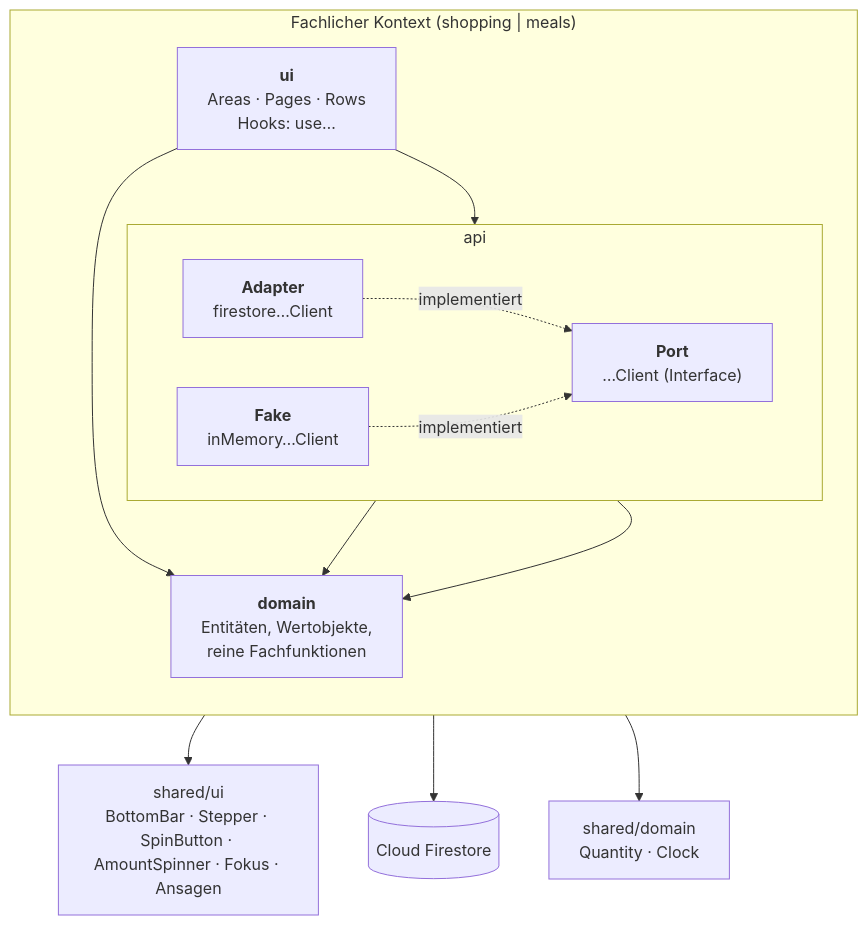
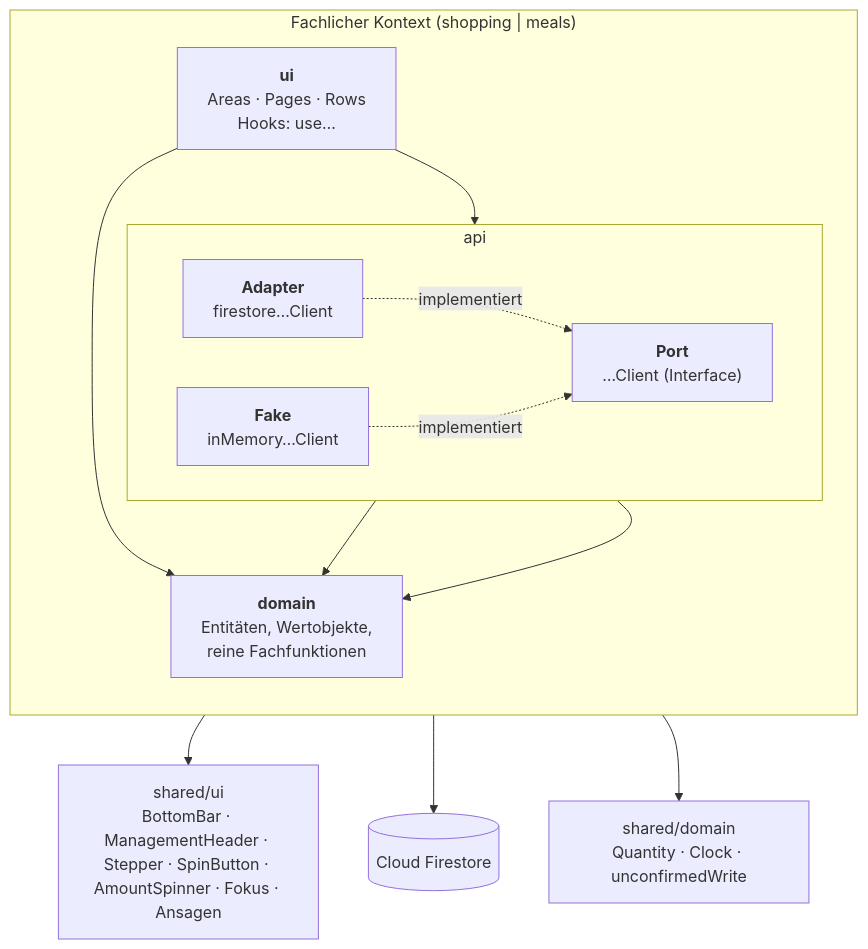
The second of 5 diagrams in docs/architektur/05-bausteinsicht.md (burnyWes/Mahlzeiten-Planer), drawn with Mermaid before and after one commit. The commit also changed other lines of this file and 81 other files, not shown here.

````diff
--- a/docs/architektur/05-bausteinsicht.md
+++ b/docs/architektur/05-bausteinsicht.md
@@ -73,30 +73,30 @@
 ```mermaid
 flowchart TB
     subgraph kontext["Fachlicher Kontext (shopping | meals)"]
         direction TB
         ui["<b>ui</b><br/>Areas · Pages · Rows<br/>Hooks: use…"]
 
         subgraph api["api"]
             direction LR
             port["<b>Port</b><br/>…Client (Interface)"]
             fsAdapter["<b>Adapter</b><br/>firestore…Client"]
             memAdapter["<b>Fake</b><br/>inMemory…Client"]
         end
 
         domain["<b>domain</b><br/>Entitäten, Wertobjekte,<br/>reine Fachfunktionen"]
     end
 
-    sharedDomain["shared/domain<br/>Quantity · Clock"]
-    sharedUi["shared/ui<br/>BottomBar · Stepper · SpinButton · AmountSpinner · Fokus · Ansagen"]
+    sharedDomain["shared/domain<br/>Quantity · Clock · unconfirmedWrite"]
+    sharedUi["shared/ui<br/>BottomBar · ManagementHeader · Stepper · SpinButton · AmountSpinner · Fokus · Ansagen"]
     firestore[("Cloud Firestore")]
 
     ui --> port
     ui --> domain
     ui --> sharedUi
     fsAdapter -. implementiert .-> port
     memAdapter -. implementiert .-> port
     port --> domain
     fsAdapter --> domain
     fsAdapter --> firestore
     domain --> sharedDomain
 ```
````
